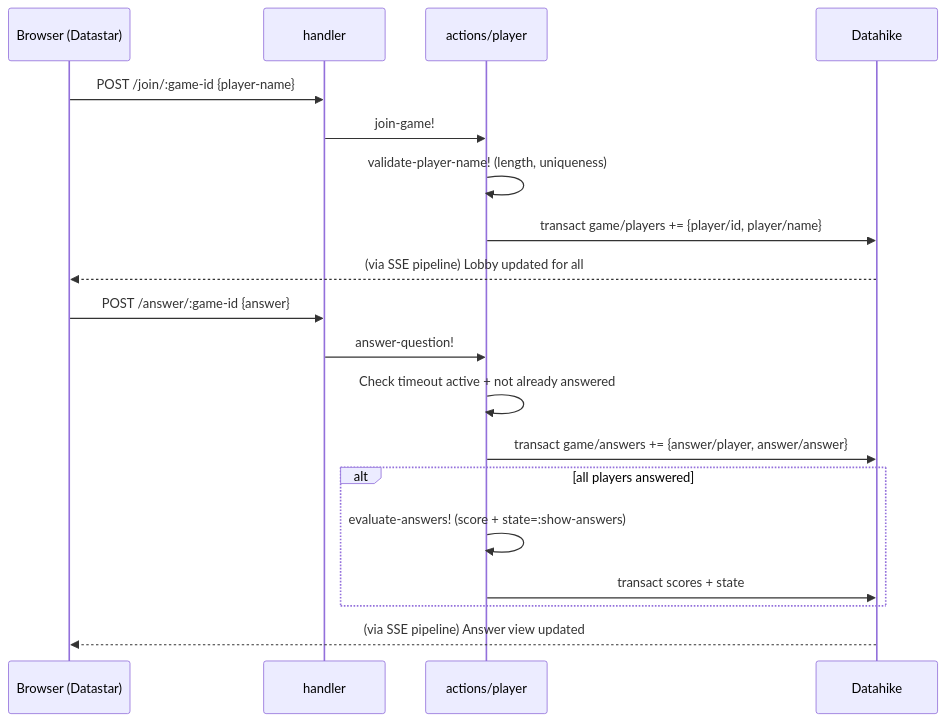
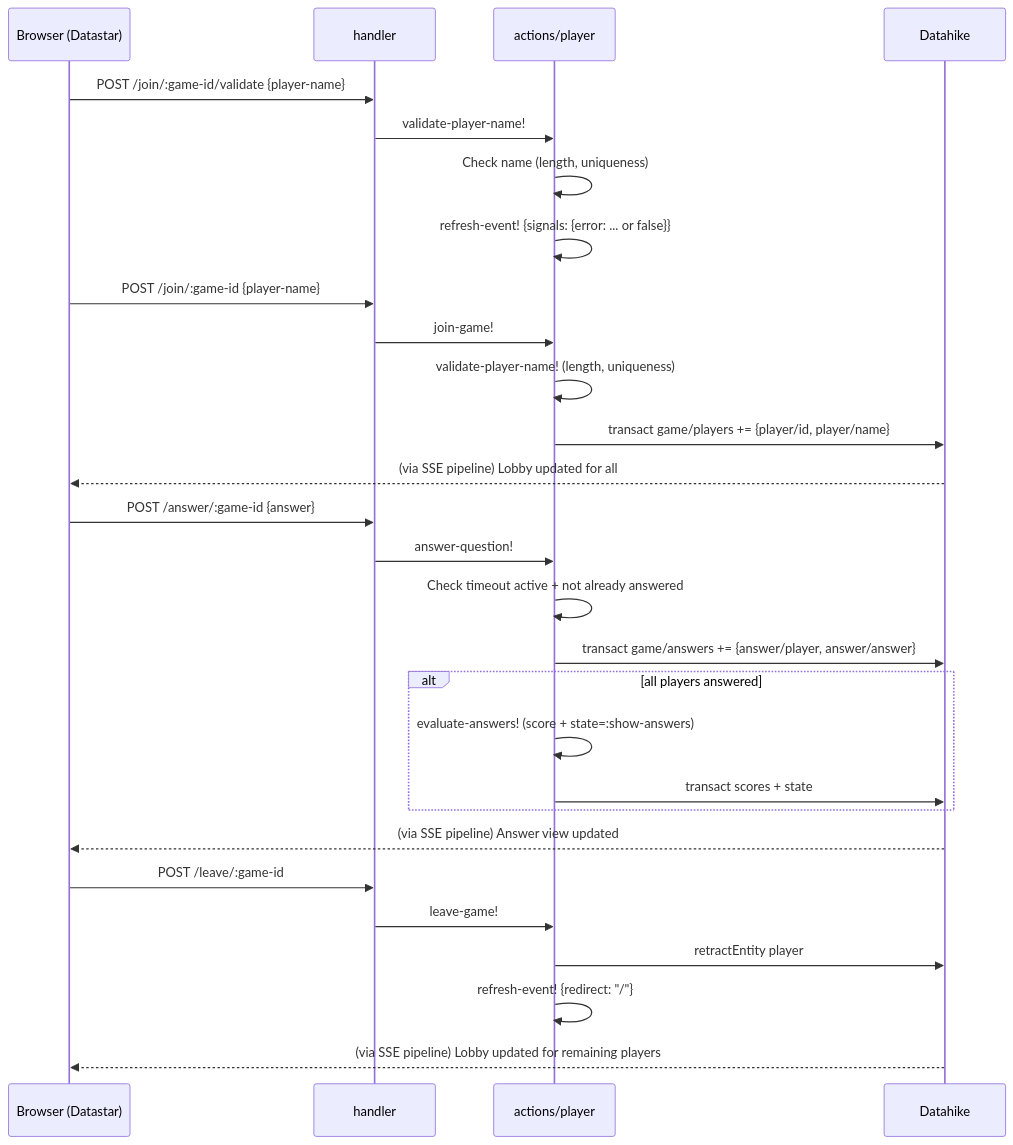
One commit to jindrichmynarz/localquiz changed the sixth of 8 diagrams in data_flow.md. Above: the diagram before and after it, drawn with Mermaid. The commit also changed other lines of this file, not shown here.

Commit message:
Update the data flow

````diff
--- a/data_flow.md
+++ b/data_flow.md
@@ -126,23 +156,34 @@
 ```mermaid
 sequenceDiagram
     participant B as Browser (Datastar)
     participant H as handler
     participant A as actions/player
     participant DB as Datahike
+
+    B->>H: POST /join/:game-id/validate {player-name}
+    H->>A: validate-player-name!
+    A->>A: Check name (length, uniqueness)
+    A->>A: refresh-event! {signals: {error: ... or false}}
 
     B->>H: POST /join/:game-id {player-name}
     H->>A: join-game!
     A->>A: validate-player-name! (length, uniqueness)
     A->>DB: transact game/players += {player/id, player/name}
     DB-->>B: (via SSE pipeline) Lobby updated for all
 
     B->>H: POST /answer/:game-id {answer}
     H->>A: answer-question!
     A->>A: Check timeout active + not already answered
     A->>DB: transact game/answers += {answer/player, answer/answer}
     alt all players answered
         A->>A: evaluate-answers! (score + state=:show-answers)
         A->>DB: transact scores + state
     end
     DB-->>B: (via SSE pipeline) Answer view updated
+
+    B->>H: POST /leave/:game-id
+    H->>A: leave-game!
+    A->>DB: retractEntity player
+    A->>A: refresh-event! {redirect: "/"}
+    DB-->>B: (via SSE pipeline) Lobby updated for remaining players
 ```
````
